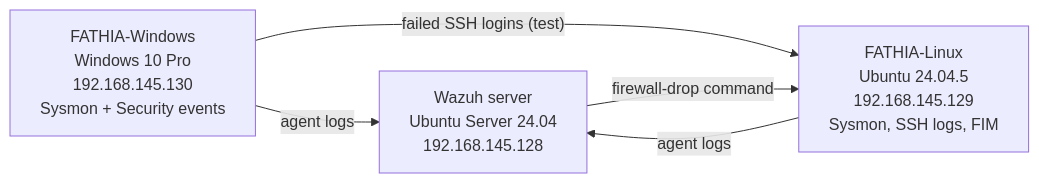
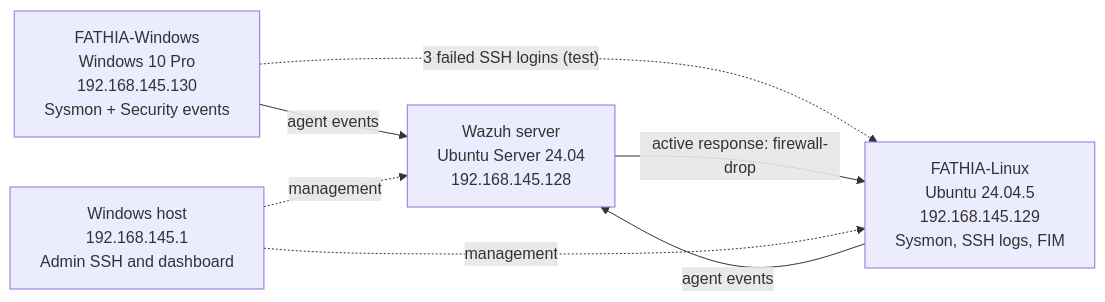
Before and after one commit to benalifathia08-source/Wazuh-SOC-Lab: the diagram in README.md, drawn with Mermaid. The commit also changed other lines of this file, not shown here.

````diff
--- a/README.md
+++ b/README.md
@@ -13,10 +20,13 @@
 ```mermaid
 flowchart LR
+  H["Windows host<br/>192.168.145.1<br/>Admin SSH and dashboard"]
   W["FATHIA-Windows<br/>Windows 10 Pro<br/>192.168.145.130<br/>Sysmon + Security events"]
   L["FATHIA-Linux<br/>Ubuntu 24.04.5<br/>192.168.145.129<br/>Sysmon, SSH logs, FIM"]
   S["Wazuh server<br/>Ubuntu Server 24.04<br/>192.168.145.128"]
-  W -->|"agent logs"| S
-  L -->|"agent logs"| S
-  W -->|"failed SSH logins (test)"| L
-  S -->|"firewall-drop command"| L
+  W -->|"agent events"| S
+  L -->|"agent events"| S
+  W -.->|"3 failed SSH logins (test)"| L
+  S -->|"active response: firewall-drop"| L
+  H -.->|"management"| S
+  H -.->|"management"| L
 ```
````
